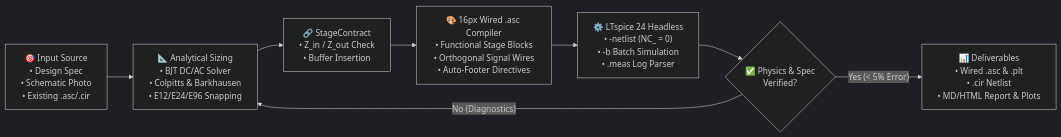
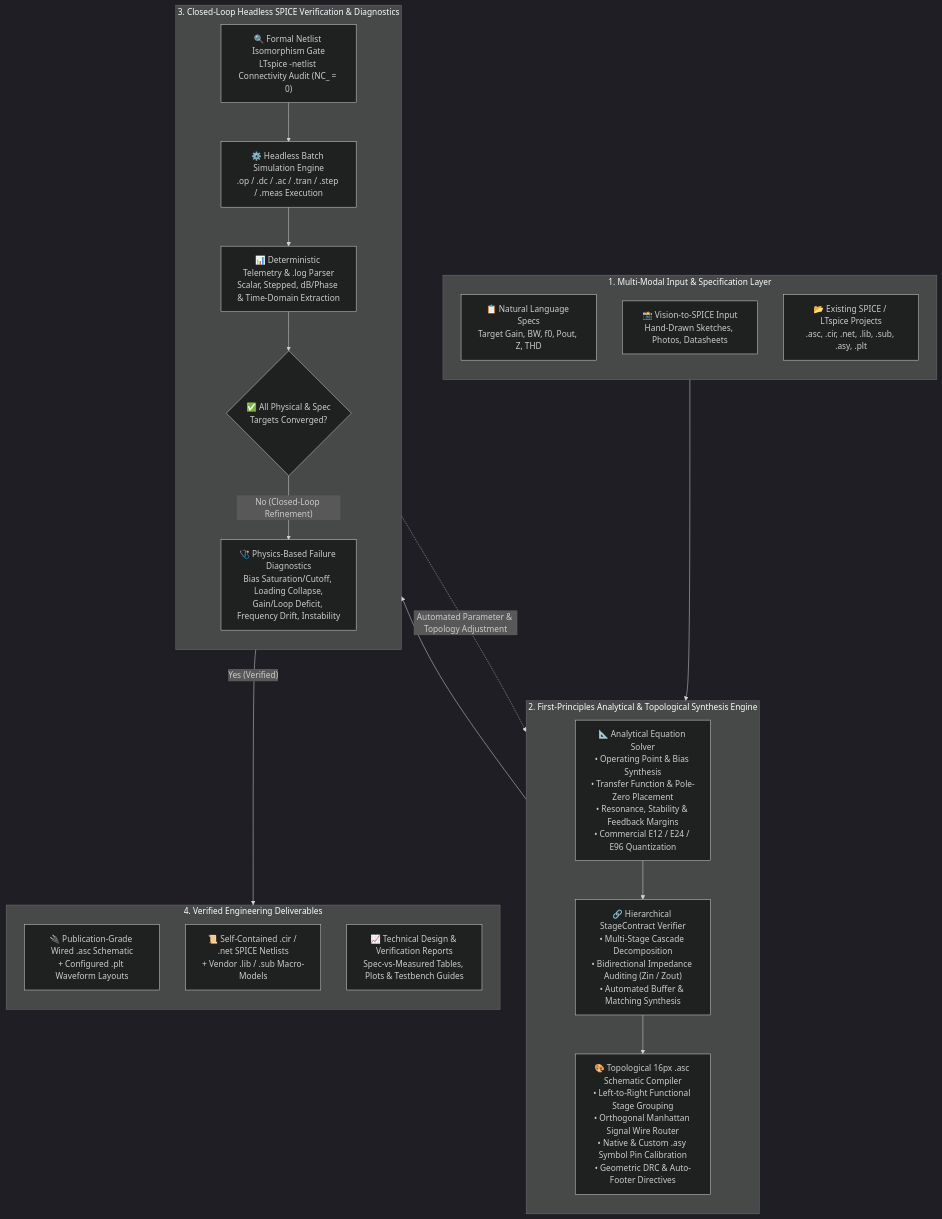
The diagram in README.md (Caiobinha1/AI-SPICE), drawn with Mermaid (dark theme) before and after one commit. The commit also changed other lines of this file and 1 other file, not shown here.

Commit message:
docs(readme): generalize AI-SPICE positioning across all circuit domains and upgrade 4-layer architecture diagram

````diff
--- a/README.md
+++ b/README.md
@@ -59,10 +37,40 @@
 ```mermaid
-flowchart LR
-    A["🎯 Input Source\n• Design Spec\n• Schematic Photo\n• Existing .asc/.cir"] --> B["📐 Analytical Sizing\n• BJT DC/AC Solver\n• Colpitts & Barkhausen\n• E12/E24/E96 Snapping"]
-    B --> C["🔗 StageContract\n• Z_in / Z_out Check\n• Buffer Insertion"]
-    C --> D["🎨 16px Wired .asc Compiler\n• Functional Stage Blocks\n• Orthogonal Signal Wires\n• Auto-Footer Directives"]
-    D --> E["⚙️ LTspice 24 Headless\n• -netlist (NC_ = 0)\n• -b Batch Simulation\n• .meas Log Parser"]
-    E --> F{"✅ Physics & Spec\nVerified?"}
-    F -- "No (Diagnostics)" --> B
-    F -- "Yes (< 5% Error)" --> G["📊 Deliverables\n• Wired .asc & .plt\n• .cir Netlist\n• MD/HTML Report & Plots"]
+flowchart TD
+    subgraph INPUT["1. Multi-Modal Input & Specification Layer"]
+        direction TB
+        I1["📋 Natural Language Specs\nTarget Gain, BW, f0, Pout, Z, THD"]
+        I2["📸 Vision-to-SPICE Input\nHand-Drawn Sketches, Photos, Datasheets"]
+        I3["📂 Existing SPICE / LTspice Projects\n.asc, .cir, .net, .lib, .sub, .asy, .plt"]
+    end
+
+    subgraph ENGINE["2. First-Principles Analytical & Topological Synthesis Engine"]
+        direction TB
+        S1["📐 Analytical Equation Solver\n• Operating Point & Bias Synthesis\n• Transfer Function & Pole-Zero Placement\n• Resonance, Stability & Feedback Margins\n• Commercial E12 / E24 / E96 Quantization"]
+        S2["🔗 Hierarchical StageContract Verifier\n• Multi-Stage Cascade Decomposition\n• Bidirectional Impedance Auditing (Zin / Zout)\n• Automated Buffer & Matching Synthesis"]
+        S3["🎨 Topological 16px .asc Schematic Compiler\n• Left-to-Right Functional Stage Grouping\n• Orthogonal Manhattan Signal Wire Router\n• Native & Custom .asy Symbol Pin Calibration\n• Geometric DRC & Auto-Footer Directives"]
+        S1 --> S2 --> S3
+    end
+
+    subgraph LOOP["3. Closed-Loop Headless SPICE Verification & Diagnostics"]
+        direction TB
+        V1["🔍 Formal Netlist Isomorphism Gate\nLTspice -netlist Connectivity Audit (NC_ = 0)"]
+        V2["⚙️ Headless Batch Simulation Engine\n.op / .dc / .ac / .tran / .step / .meas Execution"]
+        V3["📊 Deterministic Telemetry & .log Parser\nScalar, Stepped, dB/Phase & Time-Domain Extraction"]
+        V4{"✅ All Physical & Spec\nTargets Converged?"}
+        V5["🩺 Physics-Based Failure Diagnostics\nBias Saturation/Cutoff, Loading Collapse,\nGain/Loop Deficit, Frequency Drift, Instability"]
+        V1 --> V2 --> V3 --> V4
+        V4 -- "No (Closed-Loop Refinement)" --> V5
+    end
+
+    subgraph OUTPUT["4. Verified Engineering Deliverables"]
+        direction TB
+        O1["🔌 Publication-Grade Wired .asc Schematic\n+ Configured .plt Waveform Layouts"]
+        O2["📜 Self-Contained .cir / .net SPICE Netlists\n+ Vendor .lib / .sub Macro-Models"]
+        O3["📈 Technical Design & Verification Reports\nSpec-vs-Measured Tables, Plots & Testbench Guides"]
+    end
+
+    INPUT --> ENGINE
+    S3 --> V1
+    V5 -. "Automated Parameter & Topology Adjustment" .-> S1
+    V4 -- "Yes (Verified)" --> OUTPUT
 ```
````
